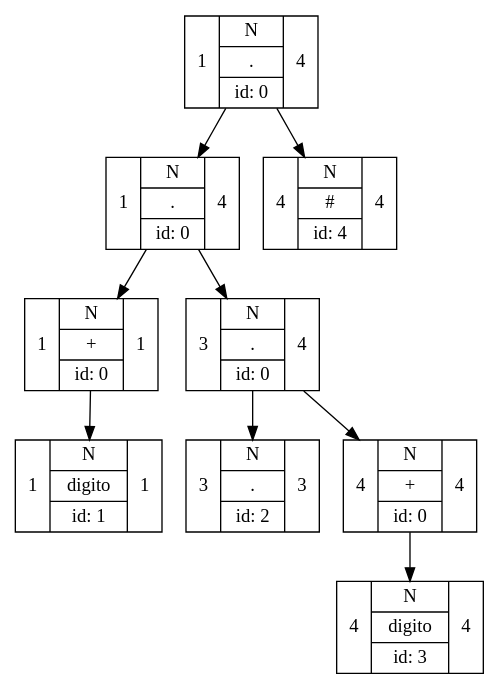
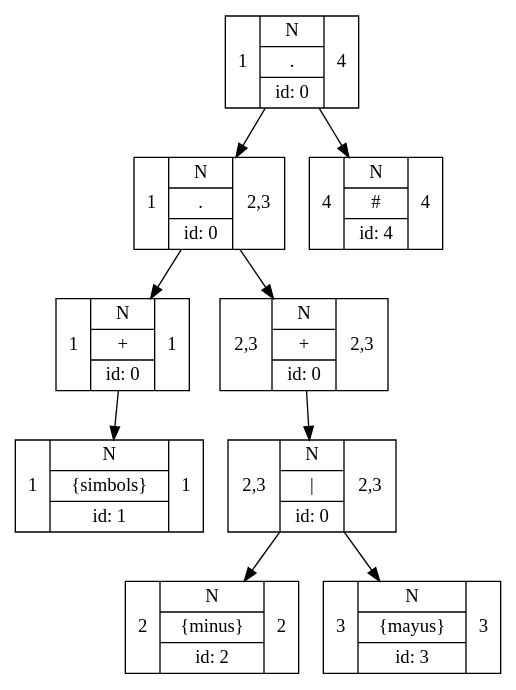
Before and after one commit to GAQF202/OLC1-PROYECTO1-201904157: the diagram in ExpresionRegular1.dot, drawn with Graphviz. The commit also changed 29 other files, not shown here.

```diff
--- a/ExpresionRegular1.dot
+++ b/ExpresionRegular1.dot
@@ -1,23 +1,23 @@
 digraph G{
 rankdir=UD
 node[shape=record]
 concentrate=true
 nodo0[label="1|{N|.|id: 0}|{4}"];
-nodo7[label="1|{N|.|id: 0}|{4}"];
+nodo7[label="1|{N|.|id: 0}|{2,3}"];
 nodo2[label="1|{N|+|id: 0}|{1}"];
-nodo1[label="1|{N|{digito}|id: 1}|{1}"];
+nodo1[label="1|{N|\{simbols\}|id: 1}|{1}"];
 nodo2->nodo1;
 nodo7->nodo2;
-nodo6[label="3|{N|.|id: 0}|{4}"];
-nodo3[label="3|{N|.|id: 2}|{3}"];
-nodo6->nodo3;
-nodo5[label="4|{N|+|id: 0}|{4}"];
-nodo4[label="4|{N|{digito}|id: 3}|{4}"];
+nodo6[label="2,3|{N|+|id: 0}|{2,3}"];
+nodo5[label="2,3|{N|\||id: 0}|{2,3}"];
+nodo3[label="2|{N|\{minus\}|id: 2}|{2}"];
+nodo5->nodo3;
+nodo4[label="3|{N|\{mayus\}|id: 3}|{3}"];
 nodo5->nodo4;
 nodo6->nodo5;
 nodo7->nodo6;
 nodo0->nodo7;
 nodo8[label="4|{N|#|id: 4}|{4}"];
 nodo0->nodo8;
 
 }
```
